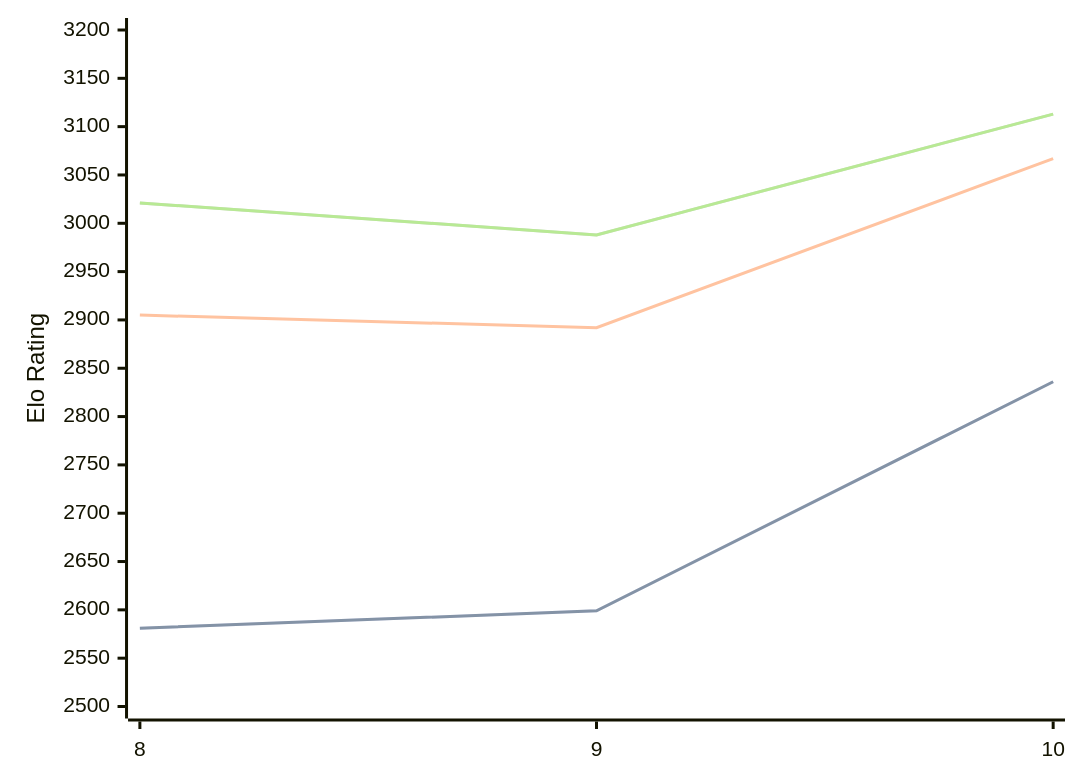
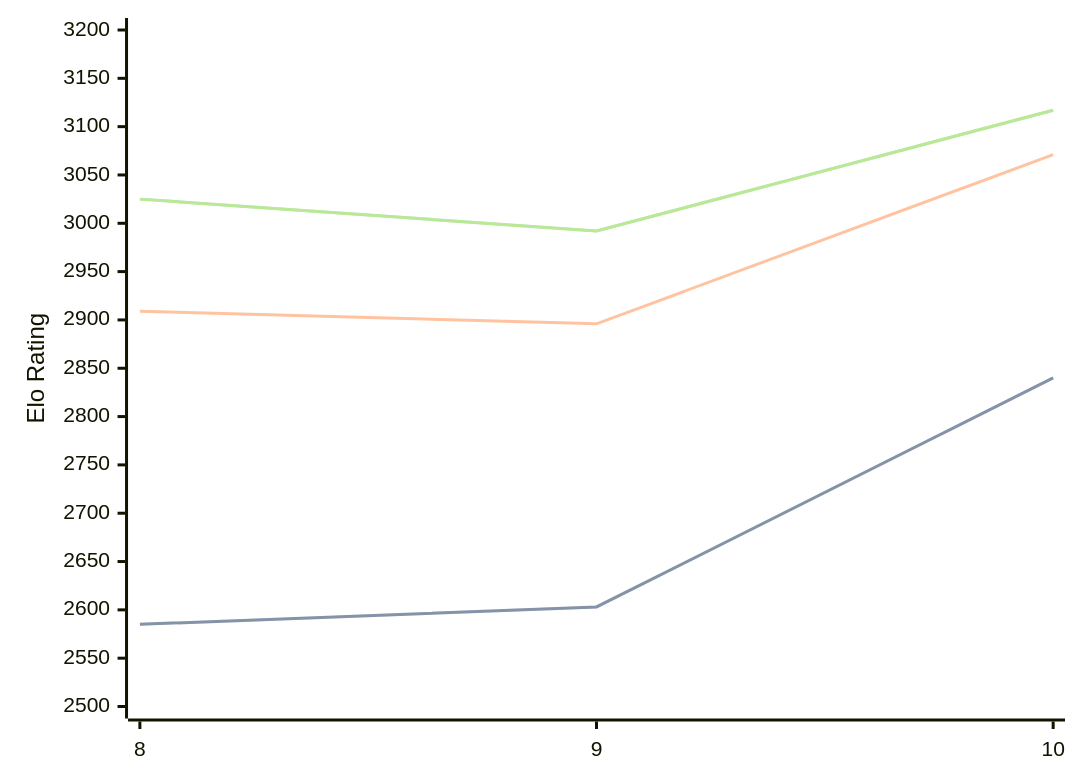
One commit to computer-chess-index/cci changed the diagram in engines/Lozza.md. Above: the diagram before and after it, drawn with Mermaid. The commit also changed other lines of this file, not shown here.

Commit message:
Update CCI Ratings (ELO VLTC) - 2026-08-18

````diff
--- a/engines/Lozza.md
+++ b/engines/Lozza.md
@@ -33,11 +33,11 @@
 ```mermaid
 %%{init: {"theme":"base","themeVariables":{"seriesColors:['#a3a3a3','#222221','#faa371']}}}%%
 xychart-beta
   x-axis ["8", "9", "10"]
   y-axis "Elo Rating" 2500 --> 3200
-  line "STC (8.0+0.08s)" [2581, 2599, 2836]
-  line "STC (8.0+0.08s)" [2581, 2599, 2836]
-  line "LTC (60.0+0.60s)" [2905, 2892, 3067]
-  line "VLTC (2m24s+1.12s)" [3021, 2988, 3113]
-  line "VLTC (2m24s+1.12s)" [3021, 2988, 3113]
+  line "STC (8.0+0.08s)" [2585, 2603, 2840]
+  line "STC (8.0+0.08s)" [2585, 2603, 2840]
+  line "LTC (60.0+0.60s)" [2909, 2896, 3071]
+  line "VLTC (2m24s+1.12s)" [3025, 2992, 3117]
+  line "VLTC (2m24s+1.12s)" [3025, 2992, 3117]
 ```
````
